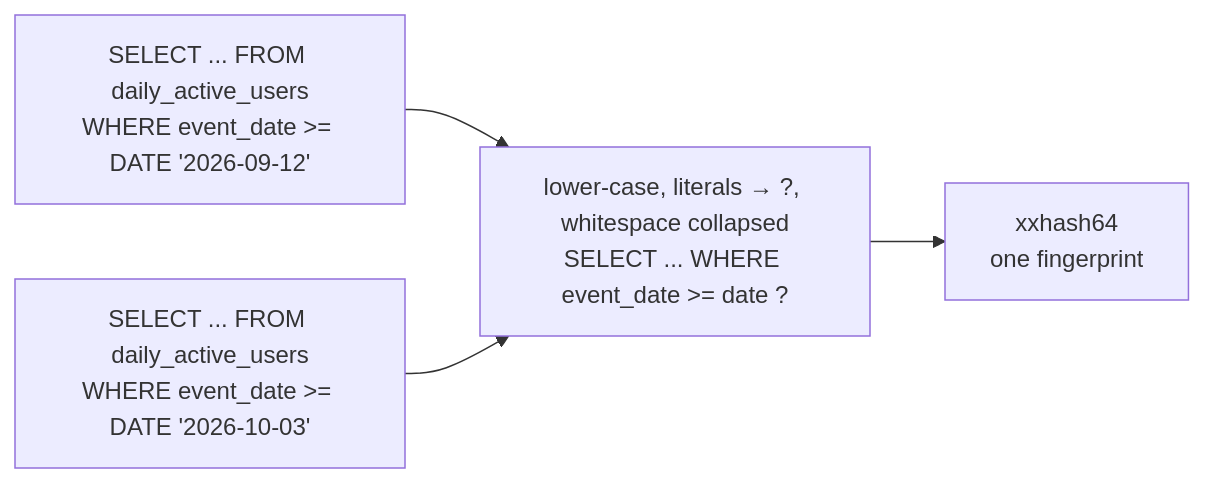
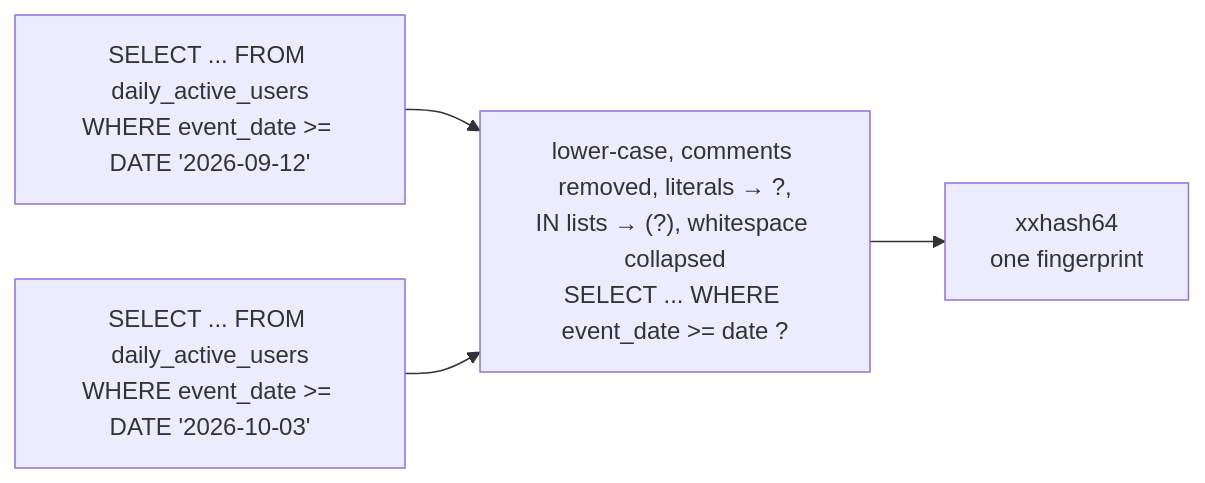
Before and after one commit to alexSerranoR/trino-usage-meta-dwh: diagram 11 of 15 in README.md, drawn with Mermaid. The commit also changed other lines of this file, not shown here.

````diff
--- a/README.md
+++ b/README.md
@@ -499,6 +514,6 @@
 ```mermaid
 flowchart LR
     A["SELECT ... FROM daily_active_users<br/>WHERE event_date >= DATE '2026-09-12'"] --> N
     B["SELECT ... FROM daily_active_users<br/>WHERE event_date >= DATE '2026-10-03'"] --> N
-    N["lower-case, literals → ?, whitespace collapsed<br/>SELECT ... WHERE event_date >= date ?"] --> H["xxhash64<br/>one fingerprint"]
+    N["lower-case, comments removed, literals → ?,<br/>IN lists → (?), whitespace collapsed<br/>SELECT ... WHERE event_date >= date ?"] --> H["xxhash64<br/>one fingerprint"]
 ```
````
